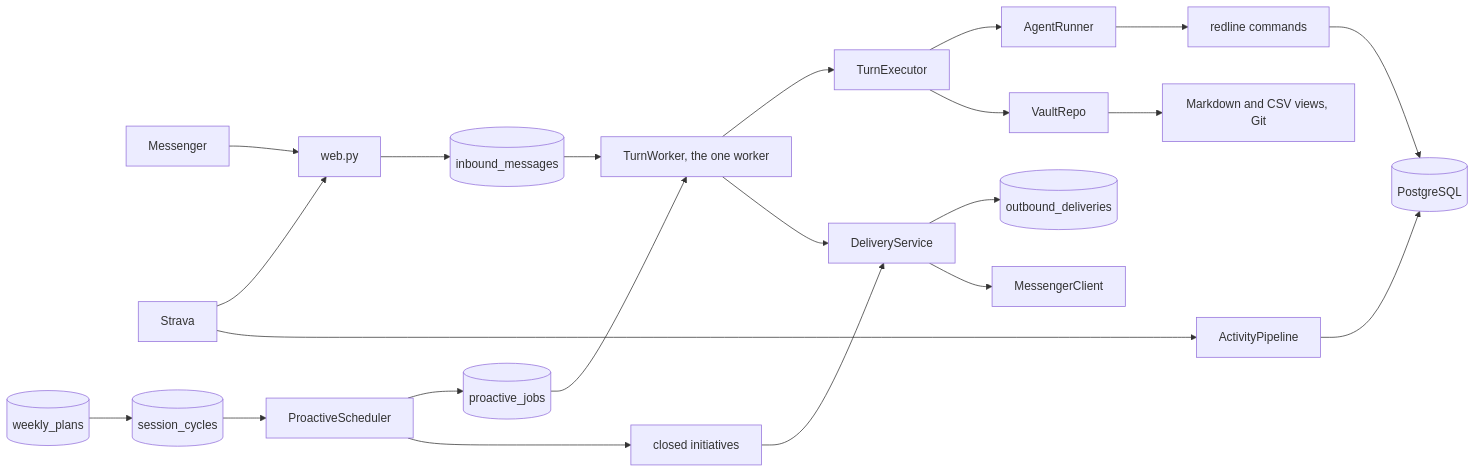
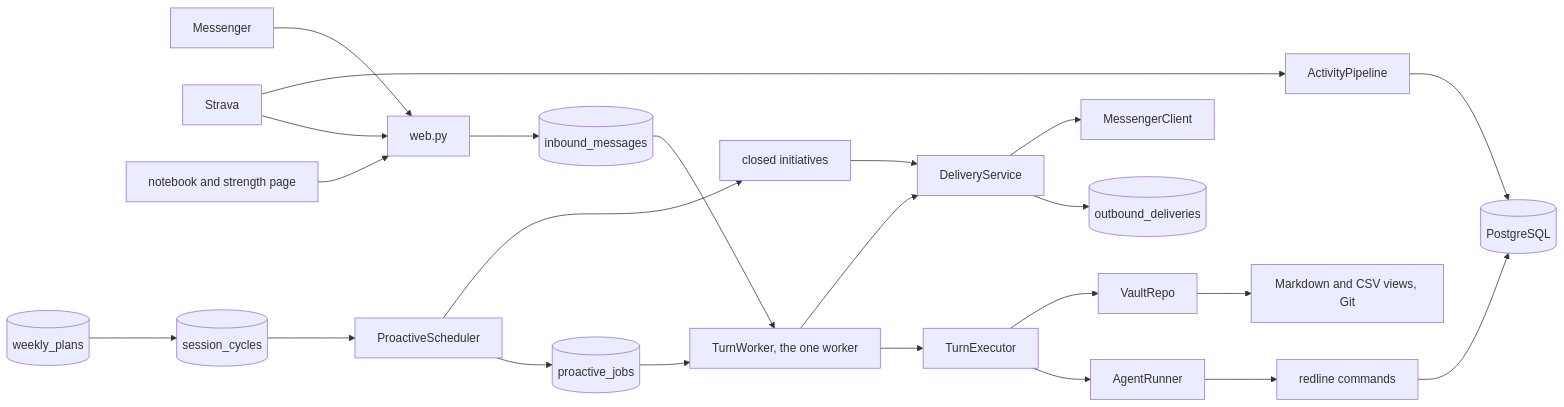
The diagram in docs/architecture.md (Maxbrt18/redline), drawn with Mermaid before and after one commit. The commit also changed other lines of this file, not shown here.

First line of the commit message:
Bring the architecture document back in line with the code (#96)

````diff
--- a/docs/architecture.md
+++ b/docs/architecture.md
@@ -21,24 +21,25 @@
 ```mermaid
 flowchart LR
     Meta[Messenger] --> Web[web.py]
     Strava[Strava] --> Web
+    Pages[notebook and strength page] --> Web
     Web --> Inbox[(inbound_messages)]
     Inbox --> Bot[TurnWorker, the one worker]
     Scheduler[ProactiveScheduler] --> Jobs[(proactive_jobs)]
     Plans[(weekly_plans)] --> Cycles[(session_cycles)]
     Cycles --> Scheduler
     Jobs --> Bot
     Strava --> Activity[ActivityPipeline]
     Activity --> DB
     Scheduler --> Closed[closed initiatives]
     Closed --> Delivery[DeliveryService]
     Bot --> Turn[TurnExecutor]
     Turn --> Agent[AgentRunner]
     Agent --> CLI[redline commands]
     CLI --> DB[(PostgreSQL)]
     Turn --> Vault[VaultRepo]
     Vault --> Views[Markdown and CSV views, Git]
     Bot --> Delivery
     Delivery --> Journal[(outbound_deliveries)]
     Delivery --> Messenger[MessengerClient]
 ```
````
